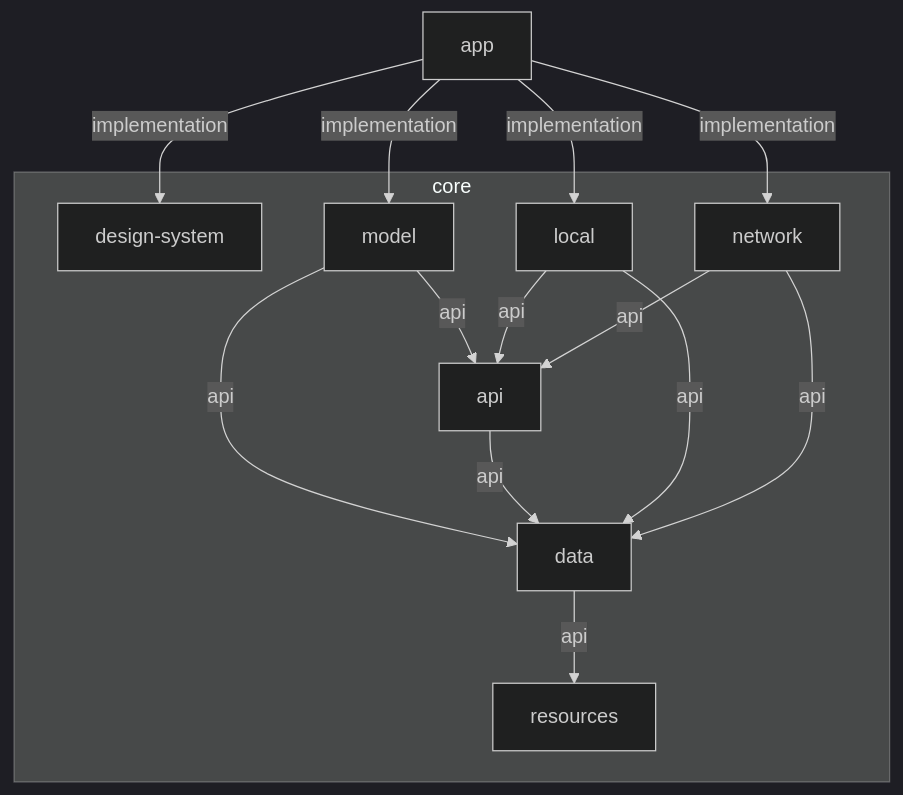
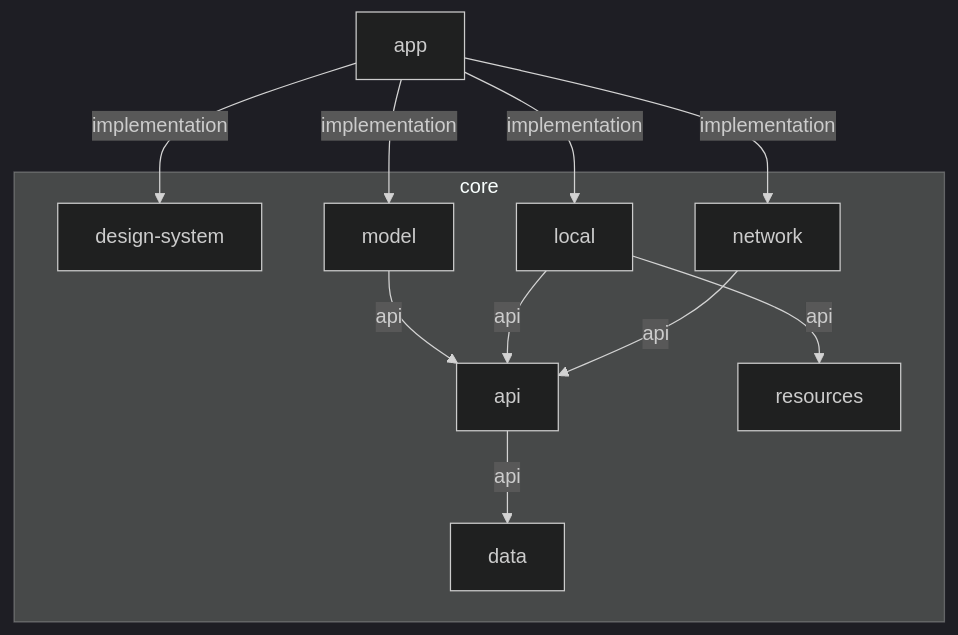
The diagram in README.md (Dussim/cv-app), drawn with Mermaid before and after one commit. The commit also changed 10 other files, not shown here.

````diff
--- a/README.md
+++ b/README.md
@@ -3,32 +3,29 @@
 ```mermaid
 %%{
   init: {
     'theme': 'dark'
   }
 }%%
 
 graph TB
 
   subgraph core
     api
     data
     design-system
     local
     model
     network
     resources
   end
   model -- api --> api
-  model -- api --> data
   api -- api --> data
-  data -- api --> resources
   local -- api --> api
-  local -- api --> data
+  local -- api --> resources
   network -- api --> api
-  network -- api --> data
   app -- implementation --> design-system
   app -- implementation --> model
   app -- implementation --> local
   app -- implementation --> network
 
 ```
````
